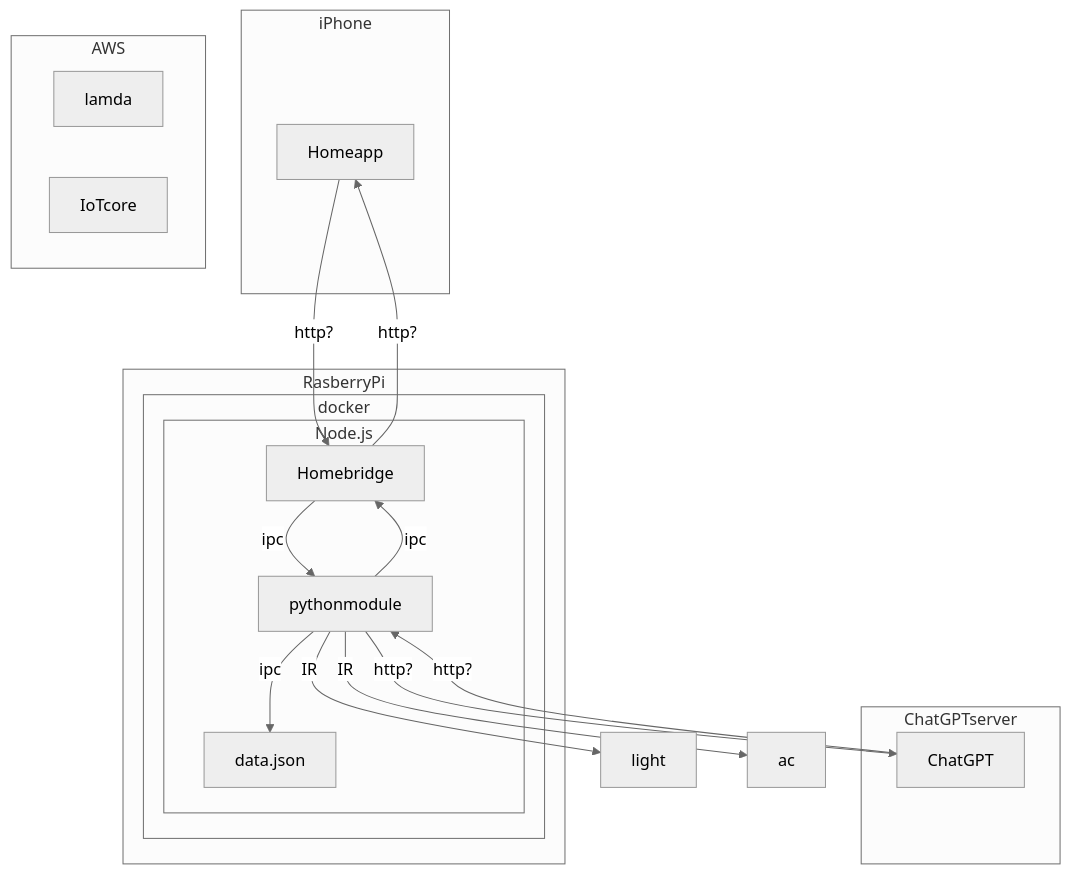
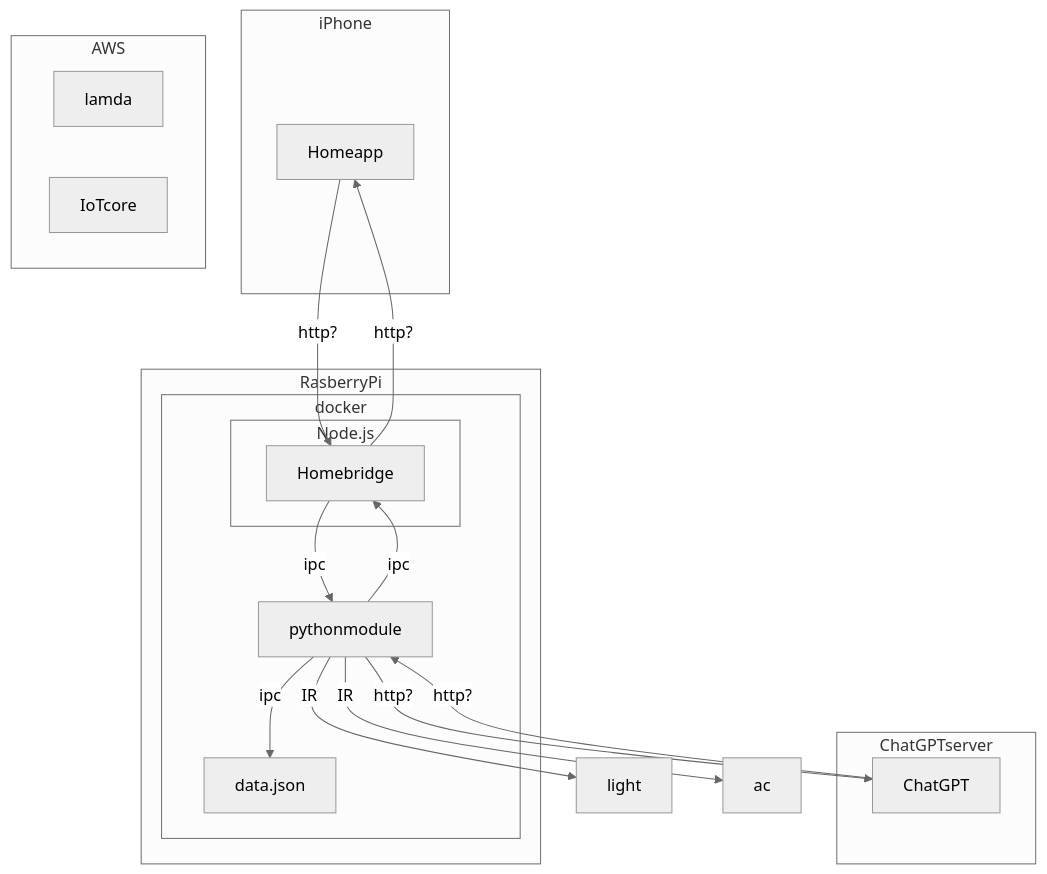
One commit to arumi123/HomeHub changed the diagram in docs/architecture.md. Above: the diagram before and after it, drawn with Mermaid (neutral theme).

Commit message:
配置図の修正

````diff
--- a/docs/architecture.md
+++ b/docs/architecture.md
@@ -7,39 +7,39 @@
 ```mermaid
 graph TD;
     subgraph iPhone [iPhone]
         Homeapp[Homeapp]
     end
 
     subgraph ChatGPTserver [ChatGPTserver]
         ChatGPT[ChatGPT]
     end
 
     subgraph AWS [AWS]
         lamda[lamda]
         IoTcore[IoTcore]
     end
 
     subgraph RasPiSide [RasberryPi]
         subgraph dockercontainer[docker]
             subgraph Node.js[Node.js]
                 Homebridge[Homebridge]
-                pythonmodule[pythonmodule]
-                data.json[data.json]
             end
+            pythonmodule[pythonmodule]
+            data.json[data.json]
         end
     end
 
     light
 
     ac
 
     Homeapp -->|http?| Homebridge
     Homebridge -->|ipc| pythonmodule
     Homebridge -->|http?| Homeapp
     pythonmodule -->|IR| light
     pythonmodule -->|IR| ac
     pythonmodule -->|ipc| Homebridge
     pythonmodule -->|ipc| data.json
     pythonmodule -->|http?| ChatGPT
     ChatGPT -->|http?| pythonmodule
 ```
````
